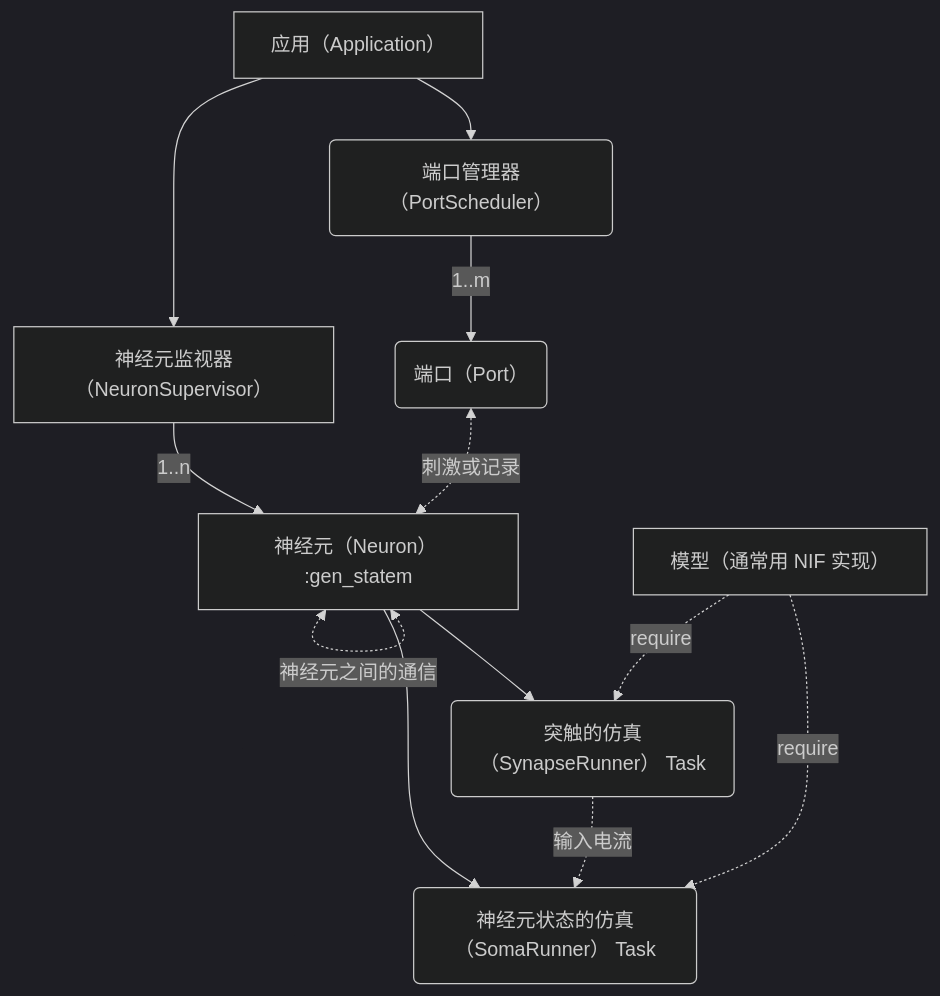
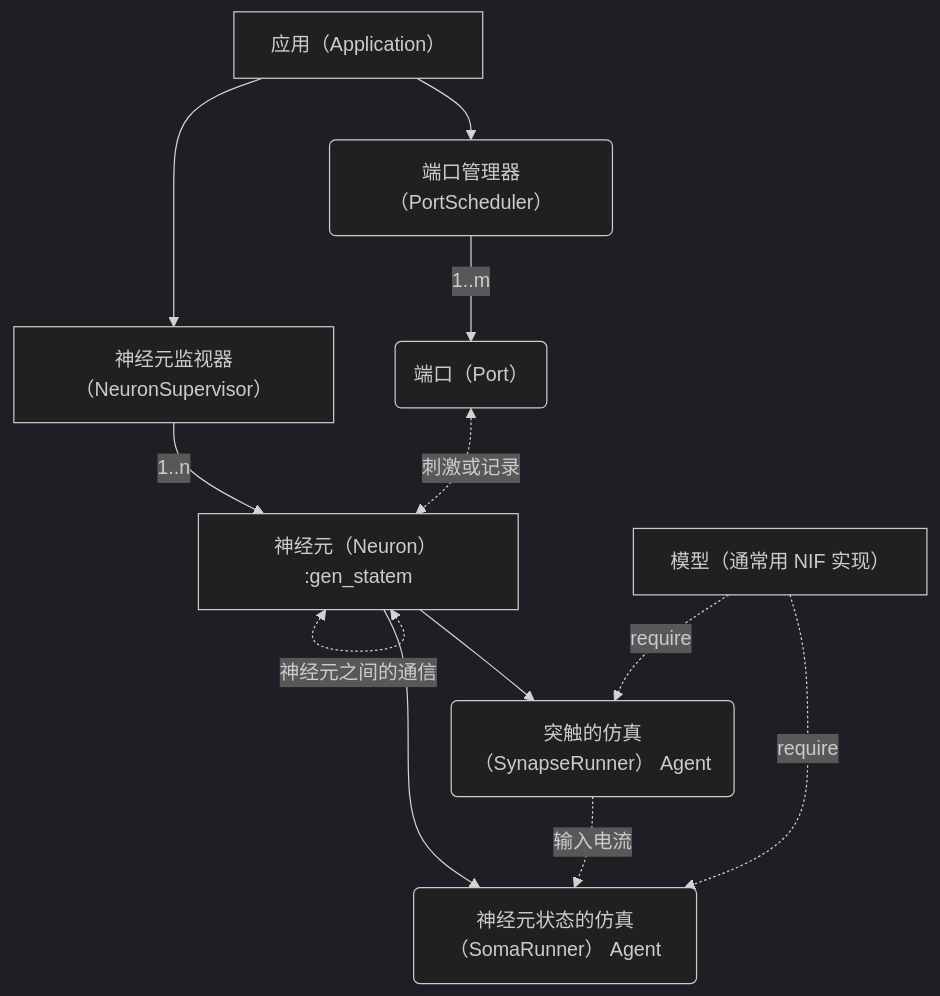
One commit to GES233/Glowworm changed the diagram in README.zh-Hans.md. Above: the diagram before and after it, drawn with Mermaid (dark theme). The commit also changed 1 other file, not shown here.

Commit message:
更新了文档（Task的异步特性导致无法控制其实时运行）

````diff
--- a/README.zh-Hans.md
+++ b/README.zh-Hans.md
@@ -42,14 +42,14 @@
 ```mermaid
 graph TD
   Application["应用（Application）"] --> NeuronSupervisor["神经元监视器（NeuronSupervisor）"]
   NeuronSupervisor --1..n--> Neuron["神经元（Neuron） :gen_statem"]
   Application --> PortScheduler("端口管理器（PortScheduler）")
   PortScheduler --1..m--> Port("端口（Port）")
   Port <-.刺激或记录.-> Neuron
   Neuron <-.神经元之间的通信.-> Neuron
-  Neuron --> SomaRunner("神经元状态的仿真（SomaRunner） Task")
-  Neuron --> SynapseRunner("突触的仿真（SynapseRunner） Task")
+  Neuron --> SomaRunner("神经元状态的仿真（SomaRunner） Agent")
+  Neuron --> SynapseRunner("突触的仿真（SynapseRunner） Agent")
   SynapseRunner -.输入电流.-> SomaRunner
   Models["模型（通常用 NIF 实现）"] -.require.-> SomaRunner
   Models["模型（通常用 NIF 实现）"] -.require.-> SynapseRunner
 ```
````
